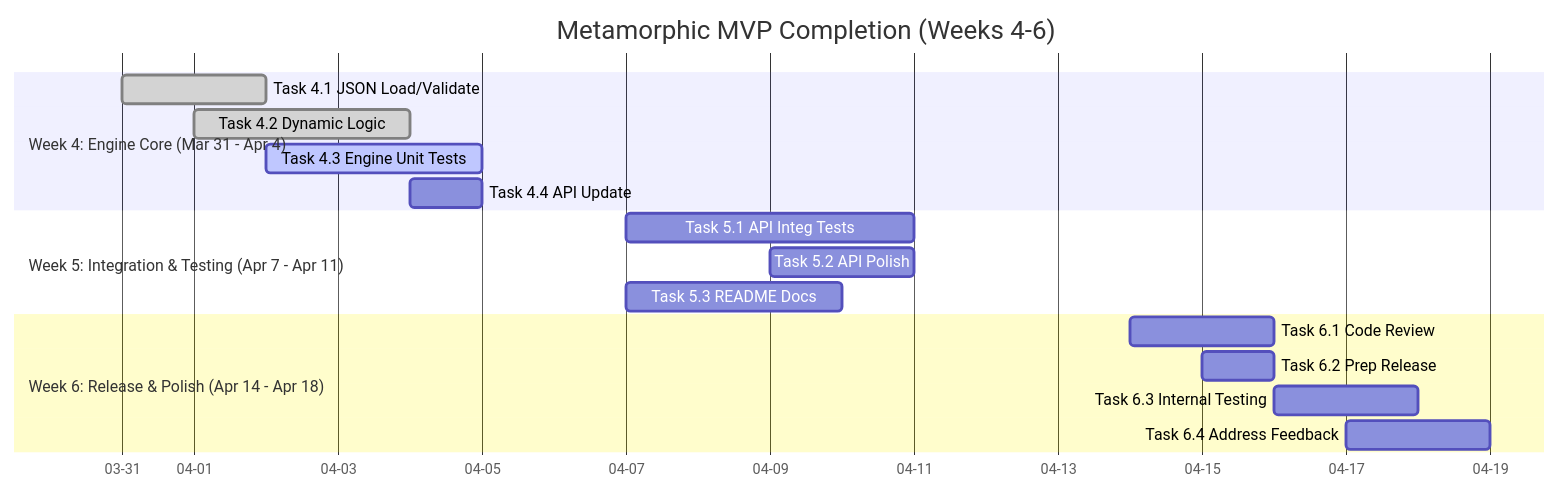
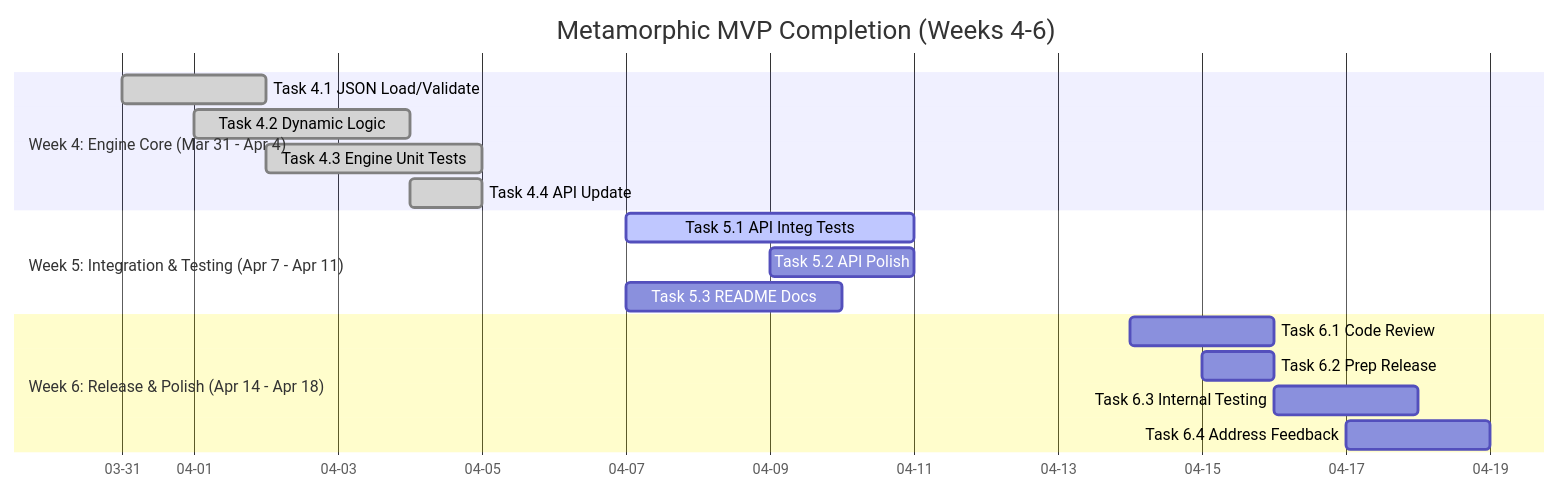
One commit to tomwolfe/metamorphic-core changed the diagram in README.md. Above: the diagram before and after it, drawn with Mermaid. The commit also changed other lines of this file, not shown here.

````diff
--- a/README.md
+++ b/README.md
@@ -195,24 +202,24 @@
 ```mermaid
 gantt
     title Metamorphic MVP Completion (Weeks 4-6)
     dateFormat  YYYY-MM-DD
     axisFormat %m-%d
     todayMarker stroke-width:3px,stroke:#FF0000
 
     section Week 4: Engine Core (Mar 31 - Apr 4)
     Task 4.1 JSON Load/Validate :done, 2025-03-31, 2d
     Task 4.2 Dynamic Logic      :done, 2025-04-01, 3d
-    Task 4.3 Engine Unit Tests  :active, 2025-04-02, 3d
-    Task 4.4 API Update         : 2025-04-04, 1d
+    Task 4.3 Engine Unit Tests  :done, 2025-04-02, 3d
+    Task 4.4 API Update         :done, 2025-04-04, 1d
 
     section Week 5: Integration & Testing (Apr 7 - Apr 11)
-    Task 5.1 API Integ Tests    : 2025-04-07, 4d
+    Task 5.1 API Integ Tests    :active, 2025-04-07, 4d
     Task 5.2 API Polish         : 2025-04-09, 2d
     Task 5.3 README Docs        : 2025-04-07, 3d
 
     section Week 6: Release & Polish (Apr 14 - Apr 18)
     Task 6.1 Code Review        : 2025-04-14, 2d
     Task 6.2 Prep Release       : 2025-04-15, 1d
     Task 6.3 Internal Testing   : 2025-04-16, 2d
     Task 6.4 Address Feedback   : 2025-04-17, 2d
 ```
````
